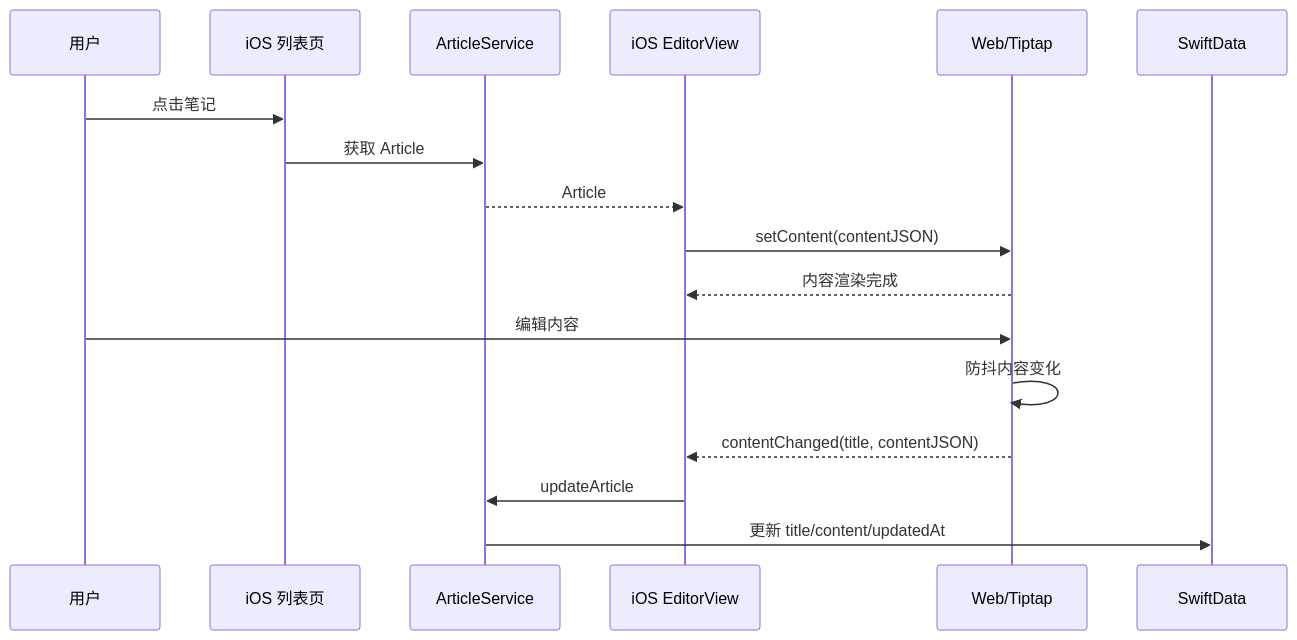
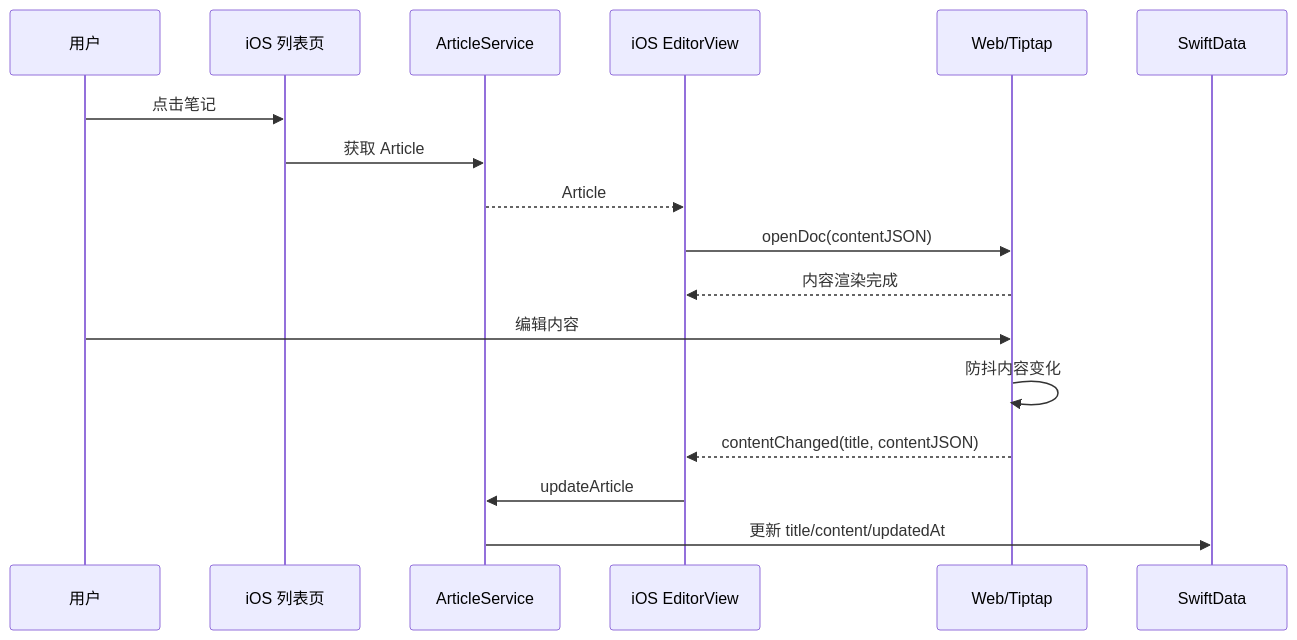
Before and after one commit to WeMadeCode/nsdoc: the third of 4 diagrams in docs/technical-architecture.md, drawn with Mermaid. The commit also changed other lines of this file and 14 other files, not shown here.

Commit message:
Rename editor init to openDoc and add feedback sheet

````diff
--- a/docs/technical-architecture.md
+++ b/docs/technical-architecture.md
@@ -238,20 +238,20 @@
 ```mermaid
 sequenceDiagram
     participant User as 用户
     participant List as iOS 列表页
     participant Data as ArticleService
     participant Editor as iOS EditorView
     participant Web as Web/Tiptap
     participant Store as SwiftData
 
     User->>List: 点击笔记
     List->>Data: 获取 Article
     Data-->>Editor: Article
-    Editor->>Web: setContent(contentJSON)
+    Editor->>Web: openDoc(contentJSON)
     Web-->>Editor: 内容渲染完成
     User->>Web: 编辑内容
     Web->>Web: 防抖内容变化
     Web-->>Editor: contentChanged(title, contentJSON)
     Editor->>Data: updateArticle
     Data->>Store: 更新 title/content/updatedAt
 ```
````
